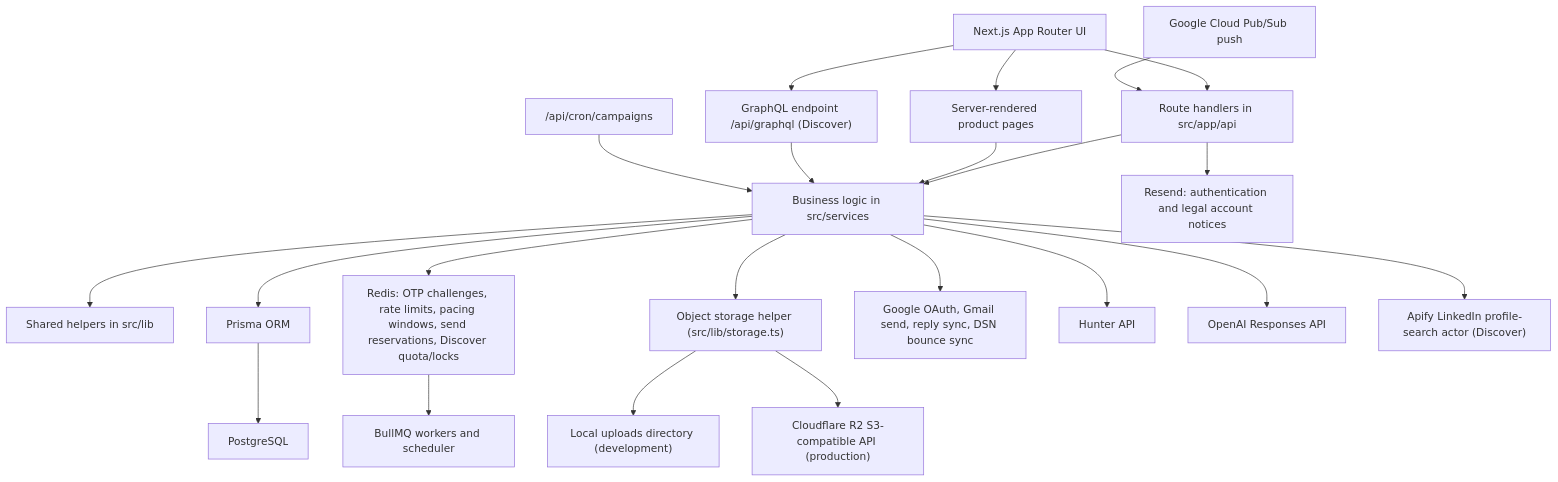
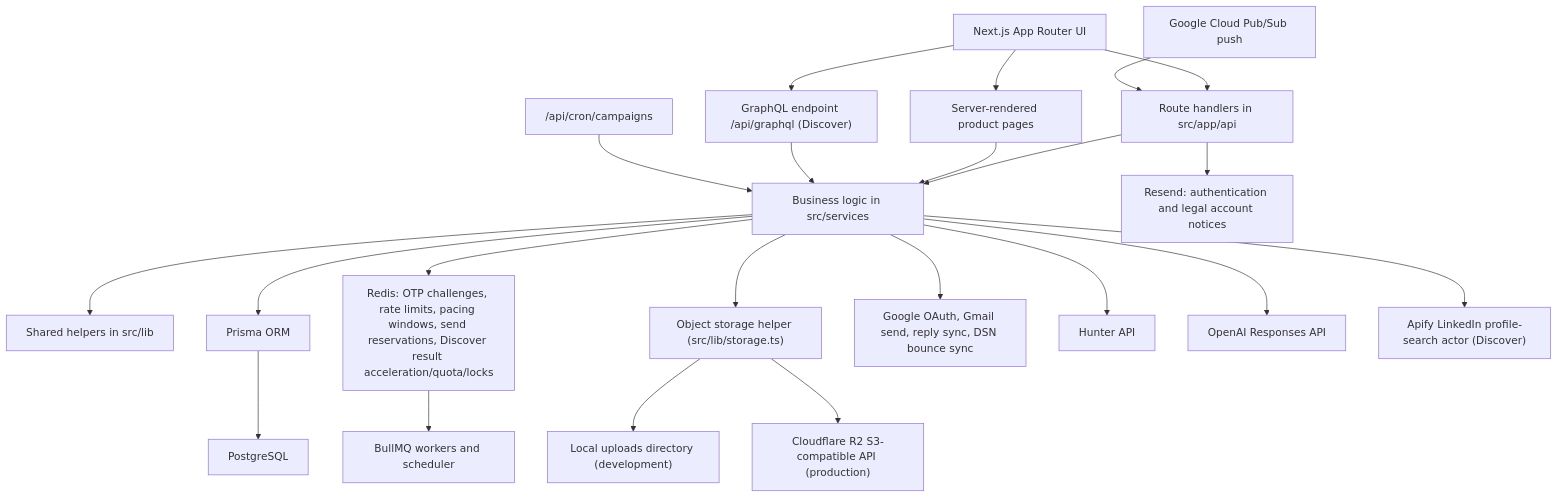
Before and after one commit to ka8540/Sendloom: the second of 5 diagrams in README.md, drawn with Mermaid. The commit also changed other lines of this file and 1 other file, not shown here.

Commit message:
Document durable Discover architecture

````diff
--- a/README.md
+++ b/README.md
@@ -91,24 +91,24 @@
 ```mermaid
 flowchart TD
     UI["Next.js App Router UI"] --> API["Route handlers in src/app/api"]
     UI --> SSR["Server-rendered product pages"]
     UI --> GraphQL["GraphQL endpoint /api/graphql (Discover)"]
     API --> Services["Business logic in src/services"]
     SSR --> Services
     GraphQL --> Services
     Services --> Lib["Shared helpers in src/lib"]
     Services --> Prisma["Prisma ORM"]
     Prisma --> Postgres["PostgreSQL"]
-    Services --> Redis["Redis: OTP challenges, rate limits, pacing windows, send reservations, Discover quota/locks"]
+    Services --> Redis["Redis: OTP challenges, rate limits, pacing windows, send reservations, Discover result acceleration/quota/locks"]
     Redis --> Workers["BullMQ workers and scheduler"]
     Services --> Storage["Object storage helper (src/lib/storage.ts)"]
     Storage --> Local["Local uploads directory (development)"]
     Storage --> R2["Cloudflare R2 S3-compatible API (production)"]
     Services --> Google["Google OAuth, Gmail send, reply sync, DSN bounce sync"]
     API --> Resend["Resend: authentication and legal account notices"]
     Services --> Hunter["Hunter API"]
     Services --> OpenAI["OpenAI Responses API"]
     Services --> Apify["Apify LinkedIn profile-search actor (Discover)"]
     Cron["/api/cron/campaigns"] --> Services
     PubSub["Google Cloud Pub/Sub push"] --> API
 ```
````
